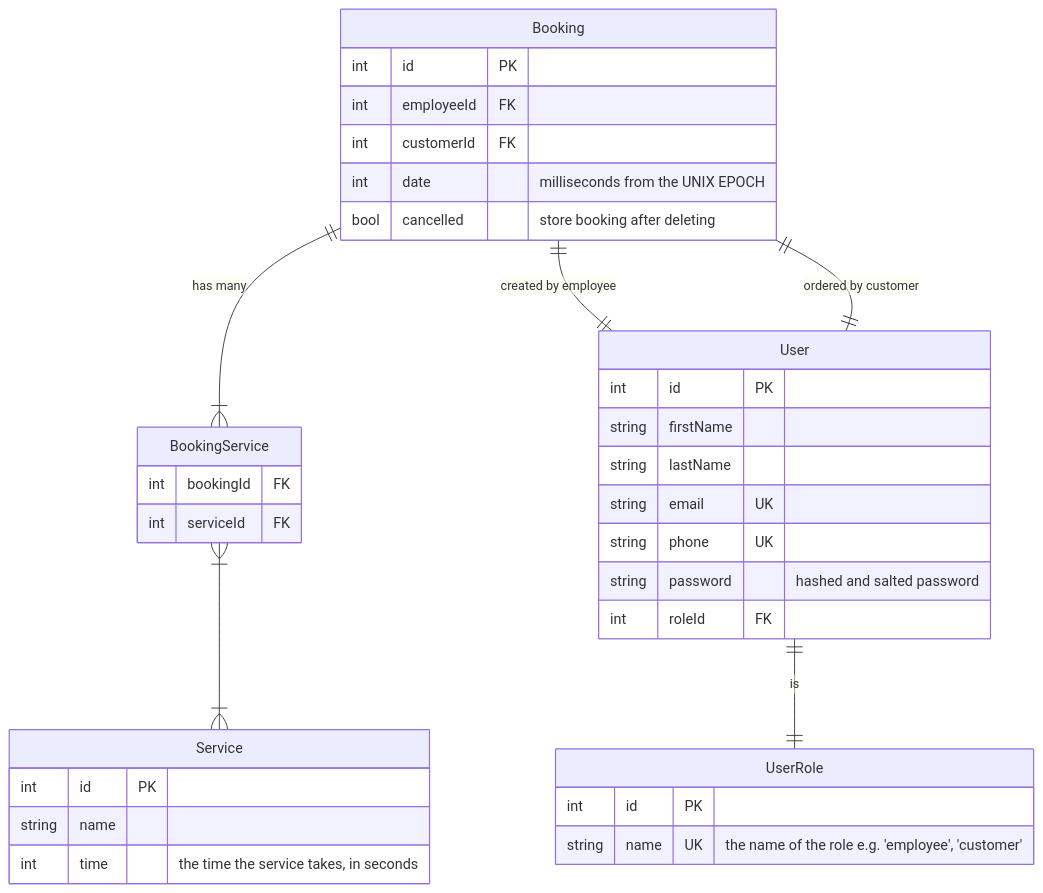
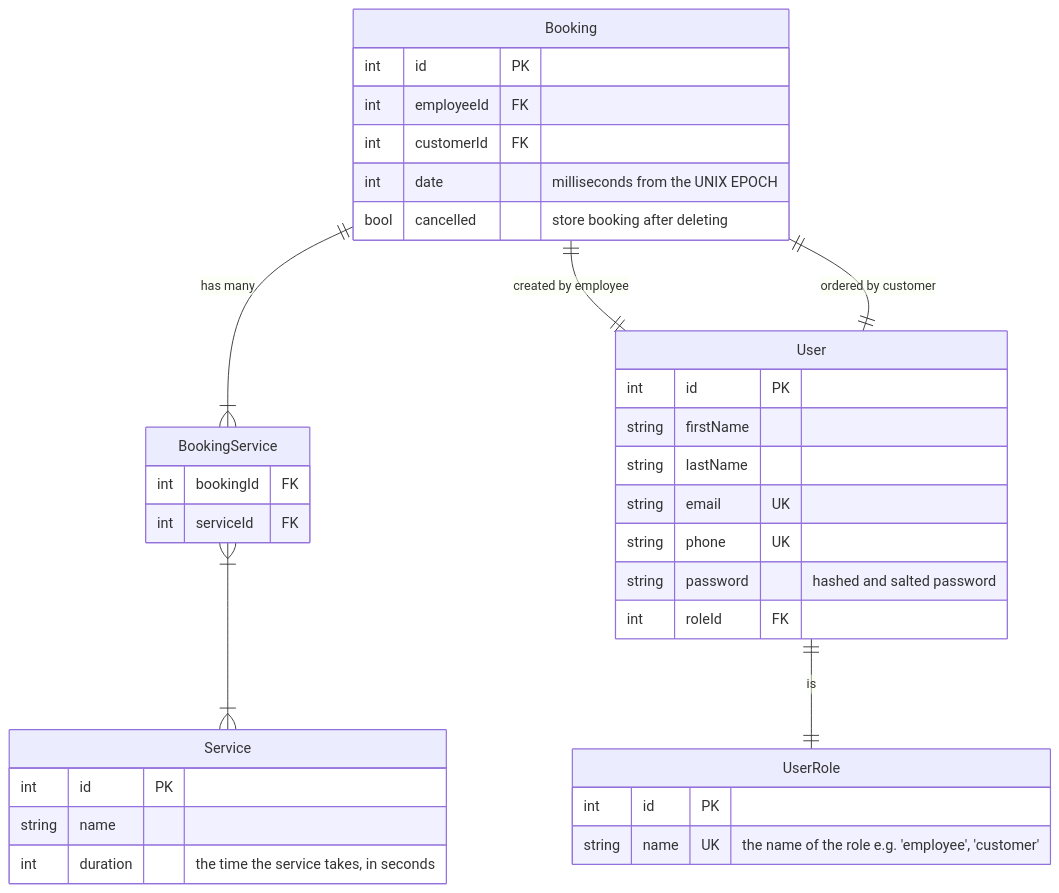
Before and after one commit to zealand-cs/Haarmonika: the diagram in assets/Diagrammer/ER-diagram.md, drawn with Mermaid. The commit also changed 13 other files, not shown here.

````diff
--- a/assets/Diagrammer/ER-diagram.md
+++ b/assets/Diagrammer/ER-diagram.md
@@ -3,42 +3,42 @@
 ```mermaid
 erDiagram
     User {
         int id PK
         string firstName
         string lastName
         string email UK
         string phone UK
         string password "hashed and salted password"
         int roleId FK
     }
     
     UserRole {
         int id PK
         string name UK "the name of the role e.g. 'employee', 'customer'"
     }
         
     Service {
         int id PK
         string name
-        int time "the time the service takes, in seconds"
+        int duration "the time the service takes, in seconds"
     }
    
     Booking {
         int id PK
         int employeeId FK
         int customerId FK
         int date "milliseconds from the UNIX EPOCH"
         bool cancelled "store booking after deleting"
     }
     
     BookingService {
         int bookingId FK
         int serviceId FK
     }
 
     Booking ||--|{ BookingService : "has many"
     BookingService }|--|{ Service : ""
     Booking ||--|| User : "created by employee"
     Booking ||--|| User : "ordered by customer"
     User ||--|| UserRole : "is"
 ```
````
